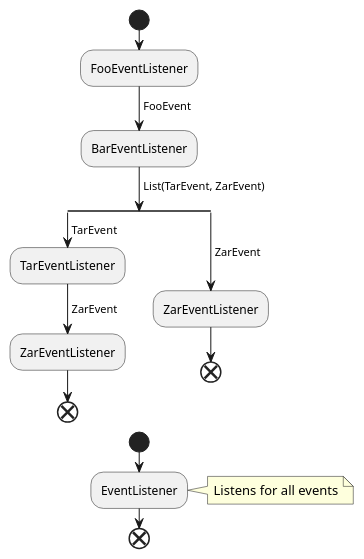
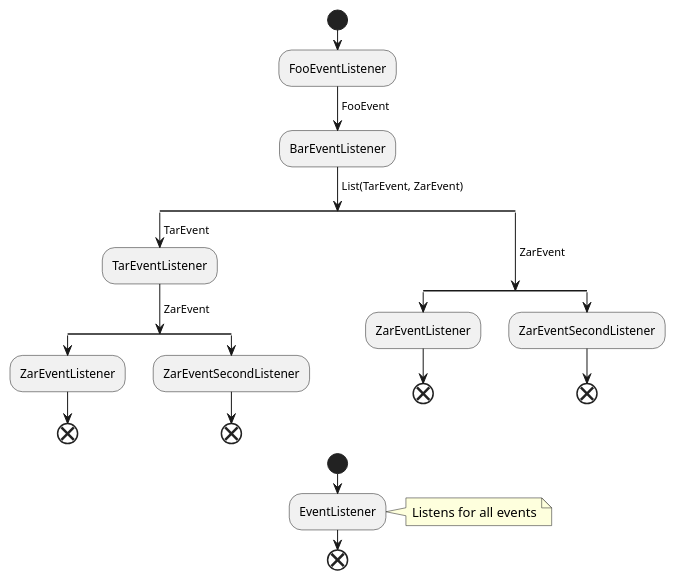
The diagram in src/main/resources/event-flow.puml (tomekbielaszewski/spring-event-demo), drawn with PlantUML before and after one commit. The commit also changed 1 other file, not shown here.

Commit message:
graph updated with ZarEvent second listener

```diff
--- a/src/main/resources/event-flow.puml
+++ b/src/main/resources/event-flow.puml
@@ -1,26 +1,36 @@
 @startuml
 
 start
 
 :FooEventListener;
 -> FooEvent;
 :BarEventListener;
 -> List(TarEvent, ZarEvent);
 split
     -> TarEvent;
     :TarEventListener;
     -> ZarEvent;
+    split
+        :ZarEventListener;
+        end
+        split again
+        :ZarEventSecondListener;
+        end
+    end split
+split again
+    -> ZarEvent;
+    split
     :ZarEventListener;
     end
-split again
-    -> ZarEvent;
-    :ZarEventListener;
+    split again
+    :ZarEventSecondListener;
     end
+    end split
 end split
 
 start
    :EventListener;
    note right: Listens for all events
 end
 
 @enduml
```
